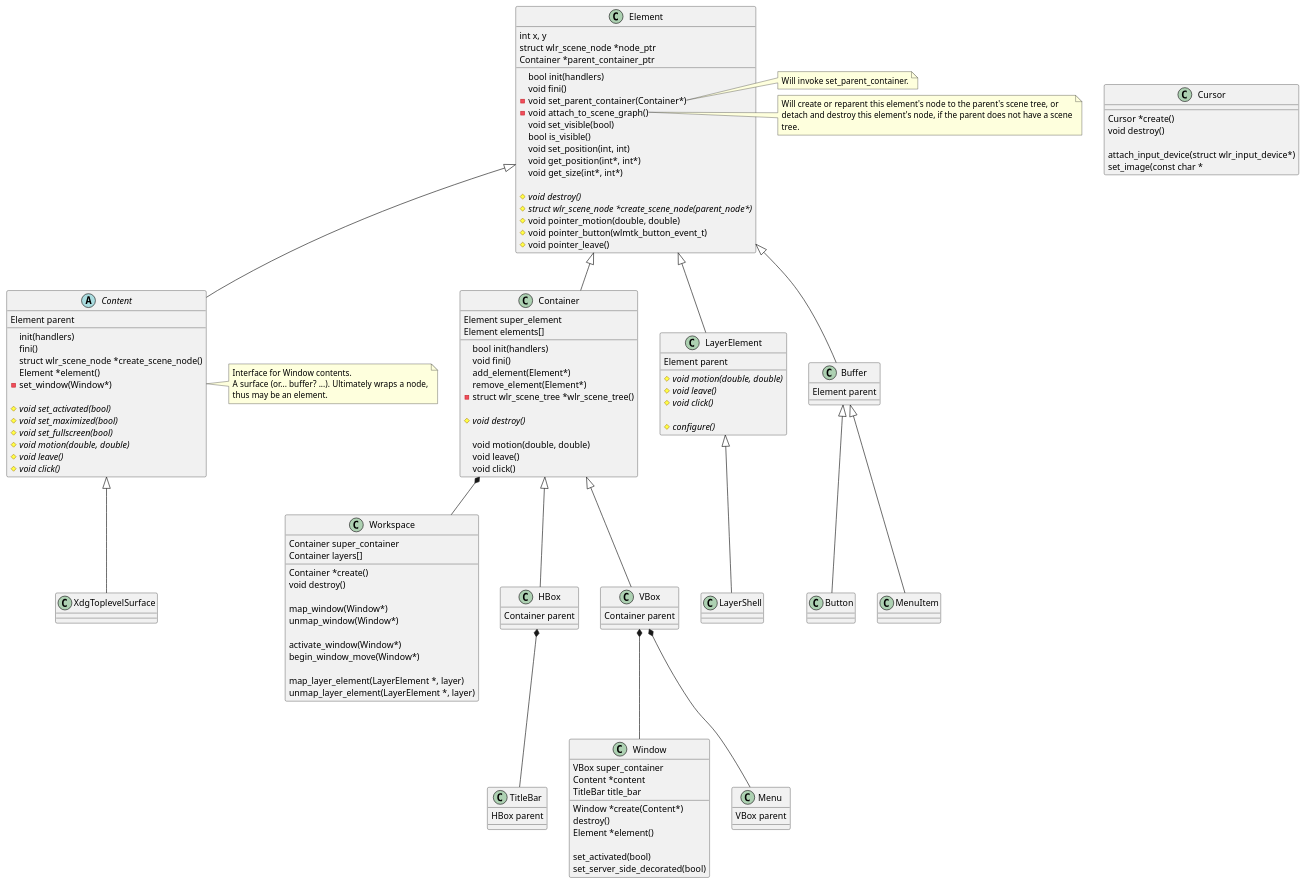
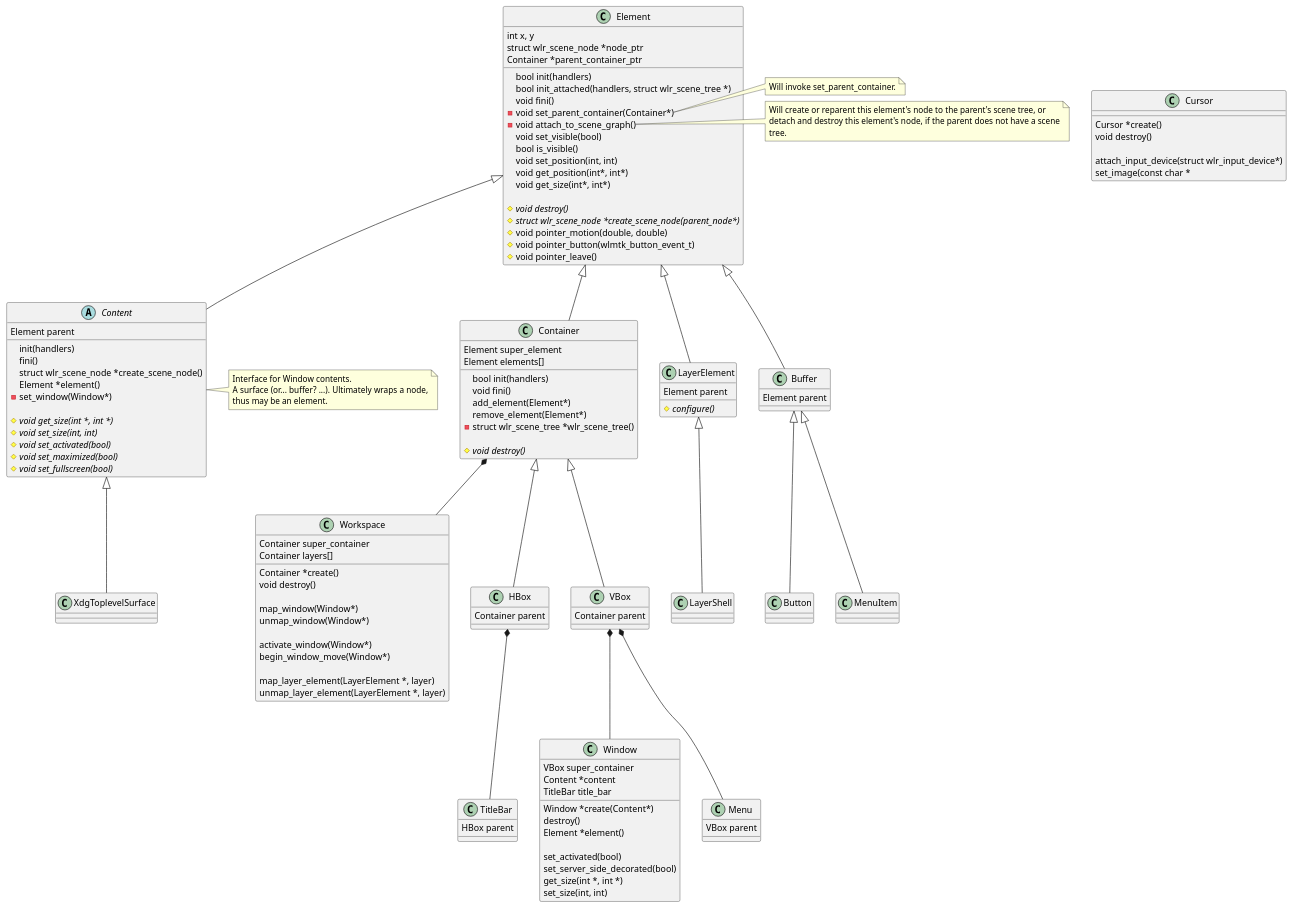
One commit to phkaeser/wlmaker changed the first of 2 diagrams in src/toolkit/toolkit.md. Above: the diagram before and after it, drawn with PlantUML.

Commit message:
Cleans up some of the toolkit documentation.

```diff
--- a/src/toolkit/toolkit.md
+++ b/src/toolkit/toolkit.md
@@ -29,6 +29,7 @@
   Container *parent_container_ptr
 
   bool init(handlers)
+  bool init_attached(handlers, struct wlr_scene_tree *)
   void fini()
   -void set_parent_container(Container*)
   -void attach_to_scene_graph()
@@ -64,10 +65,6 @@
   -struct wlr_scene_tree *wlr_scene_tree()
 
   {abstract}#void destroy()
-
-  void motion(double, double)
-  void leave()
-  void click()
 }
 Element <|-- Container
 note right of Element::"add_element(Element*)"
@@ -113,12 +110,11 @@
   Element *element()
   -set_window(Window*)
 
+  {abstract}#void get_size(int *, int *)
+  {abstract}#void set_size(int, int)
   {abstract}#void set_activated(bool)
   {abstract}#void set_maximized(bool)
   {abstract}#void set_fullscreen(bool)
-  {abstract}#void motion(double, double)
-  {abstract}#void leave()
-  {abstract}#void click()
 }
 Element <|-- Content
 note right of Content
@@ -129,10 +125,6 @@
 
 class LayerElement {
   Element parent
-
-  {abstract}#void motion(double, double)
-  {abstract}#void leave()
-  {abstract}#void click()
 
   {abstract}#configure()
   }
@@ -167,6 +159,8 @@
 
   set_activated(bool)
   set_server_side_decorated(bool)
+  get_size(int *, int *)
+  set_size(int, int)
 }
 VBox *-- Window
 
```
